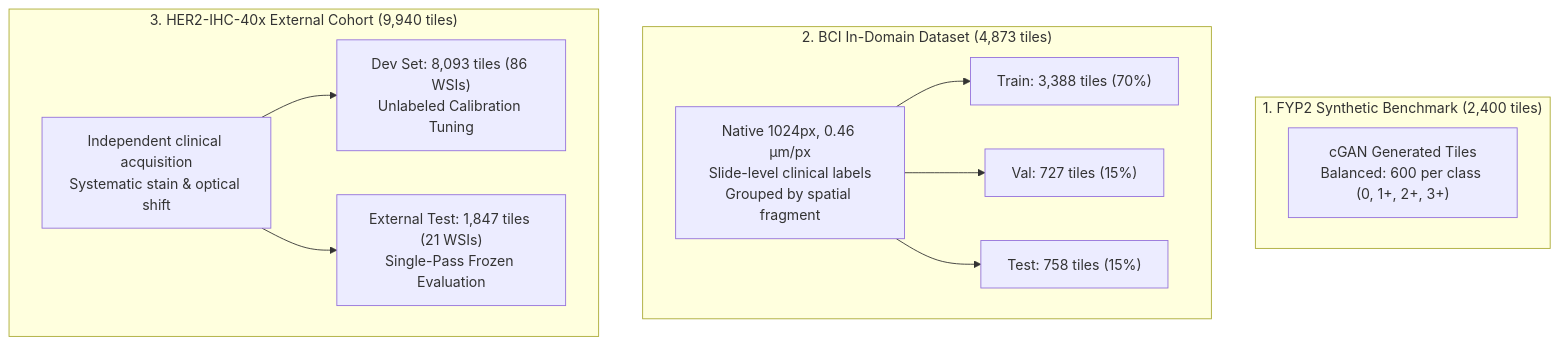
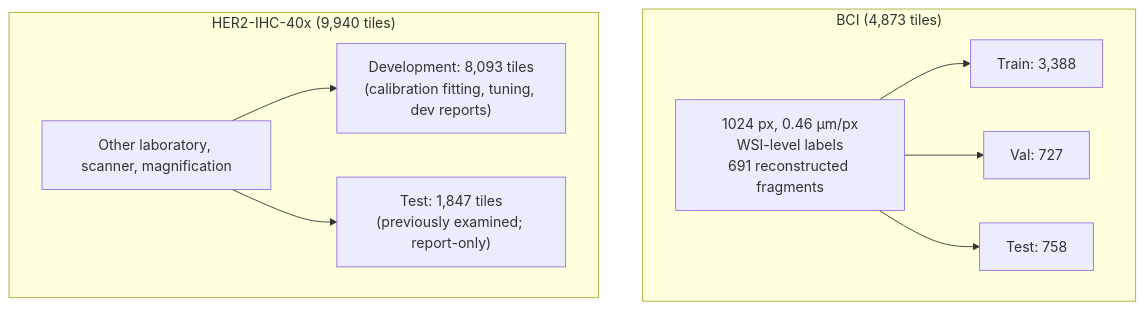
Before and after one commit to Dhaneswarareddy/HER2-Edge-Classification: the second of 3 diagrams in FYP3_FINAL_REPORT.md, drawn with Mermaid. The commit also changed other lines of this file and 248 other files, not shown here.

````diff
--- a/FYP3_FINAL_REPORT.md
+++ b/FYP3_FINAL_REPORT.md
@@ -103,17 +168,14 @@
 ```mermaid
 graph TD
-    subgraph S1["1. FYP2 Synthetic Benchmark (2,400 tiles)"]
-        A["cGAN Generated Tiles<br/>Balanced: 600 per class (0, 1+, 2+, 3+)"]
+    subgraph S2["BCI (4,873 tiles)"]
+        B["1024 px, 0.46 µm/px<br/>WSI-level labels<br/>691 reconstructed fragments"]
+        B --> B_train["Train: 3,388"]
+        B --> B_val["Val: 727"]
+        B --> B_test["Test: 758"]
     end
-    subgraph S2["2. BCI In-Domain Dataset (4,873 tiles)"]
-        B["Native 1024px, 0.46 µm/px<br/>Slide-level clinical labels<br/>Grouped by spatial fragment"]
-        B --> B_train["Train: 3,388 tiles (70%)"]
-        B --> B_val["Val: 727 tiles (15%)"]
-        B --> B_test["Test: 758 tiles (15%)"]
-    end
-    subgraph S3["3. HER2-IHC-40x External Cohort (9,940 tiles)"]
-        C["Independent clinical acquisition<br/>Systematic stain & optical shift"]
-        C --> C_dev["Dev Set: 8,093 tiles (86 WSIs)<br/>Unlabeled Calibration Tuning"]
-        C --> C_test["External Test: 1,847 tiles (21 WSIs)<br/>Single-Pass Frozen Evaluation"]
+    subgraph S3["HER2-IHC-40x (9,940 tiles)"]
+        C["Other laboratory, scanner, magnification"]
+        C --> C_dev["Development: 8,093 tiles<br/>(calibration fitting, tuning, dev reports)"]
+        C --> C_test["Test: 1,847 tiles<br/>(previously examined; report-only)"]
     end
 ```
````
